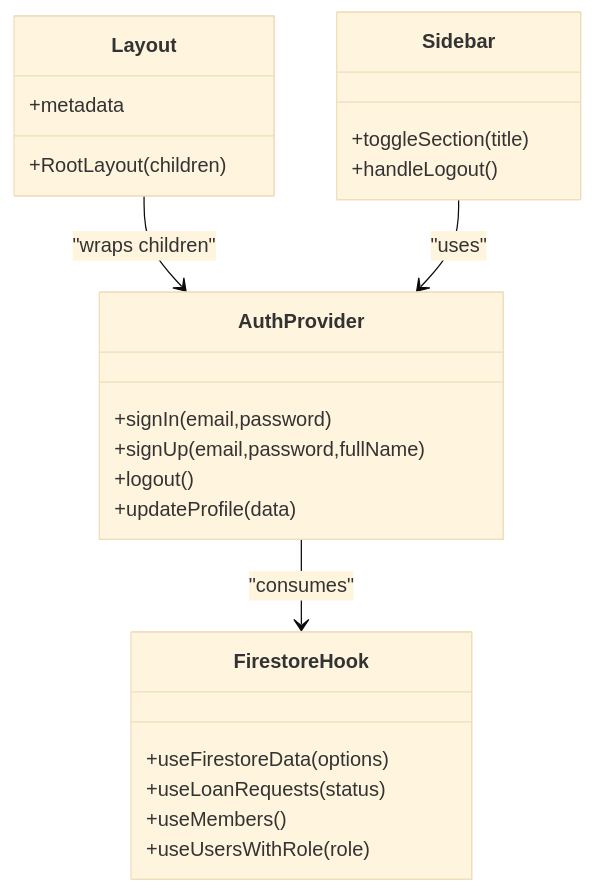
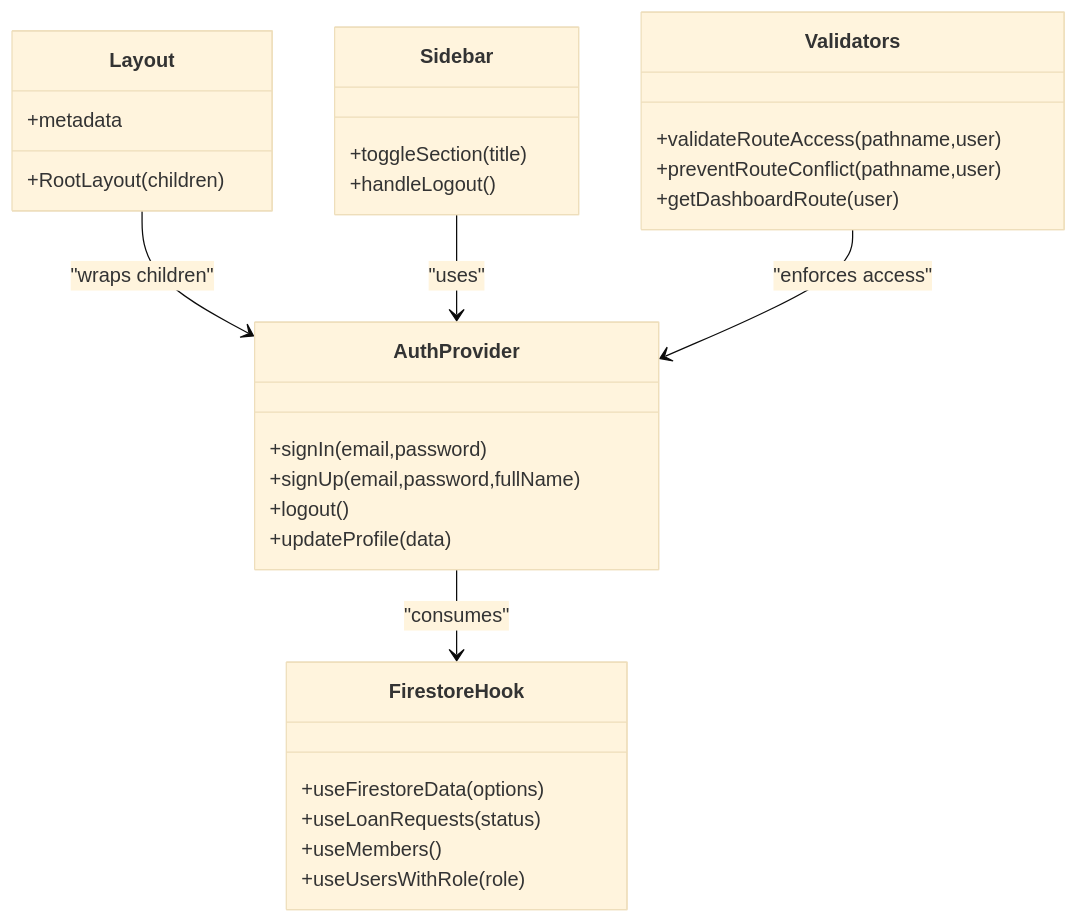
Before and after one commit to Unsure-bry/sampacoop_system: the third of 8 diagrams in .qoder/repowiki/en/content/Project Overview/Technology Stack.md, drawn with Mermaid (base theme). The commit also changed other lines of this file and 12 other files, not shown here.

````diff
--- a/.qoder/repowiki/en/content/Project Overview/Technology Stack.md
+++ b/.qoder/repowiki/en/content/Project Overview/Technology Stack.md
@@ -164,26 +182,32 @@
 ```mermaid
 classDiagram
 class Layout {
 +metadata
 +RootLayout(children)
 }
 class AuthProvider {
 +signIn(email,password)
 +signUp(email,password,fullName)
 +logout()
 +updateProfile(data)
 }
 class FirestoreHook {
 +useFirestoreData(options)
 +useLoanRequests(status)
 +useMembers()
 +useUsersWithRole(role)
 }
 class Sidebar {
 +toggleSection(title)
 +handleLogout()
 }
+class Validators {
++validateRouteAccess(pathname,user)
++preventRouteConflict(pathname,user)
++getDashboardRoute(user)
+}
 Layout --> AuthProvider : "wraps children"
 AuthProvider --> FirestoreHook : "consumes"
 Sidebar --> AuthProvider : "uses"
+Validators --> AuthProvider : "enforces access"
 ```
````
